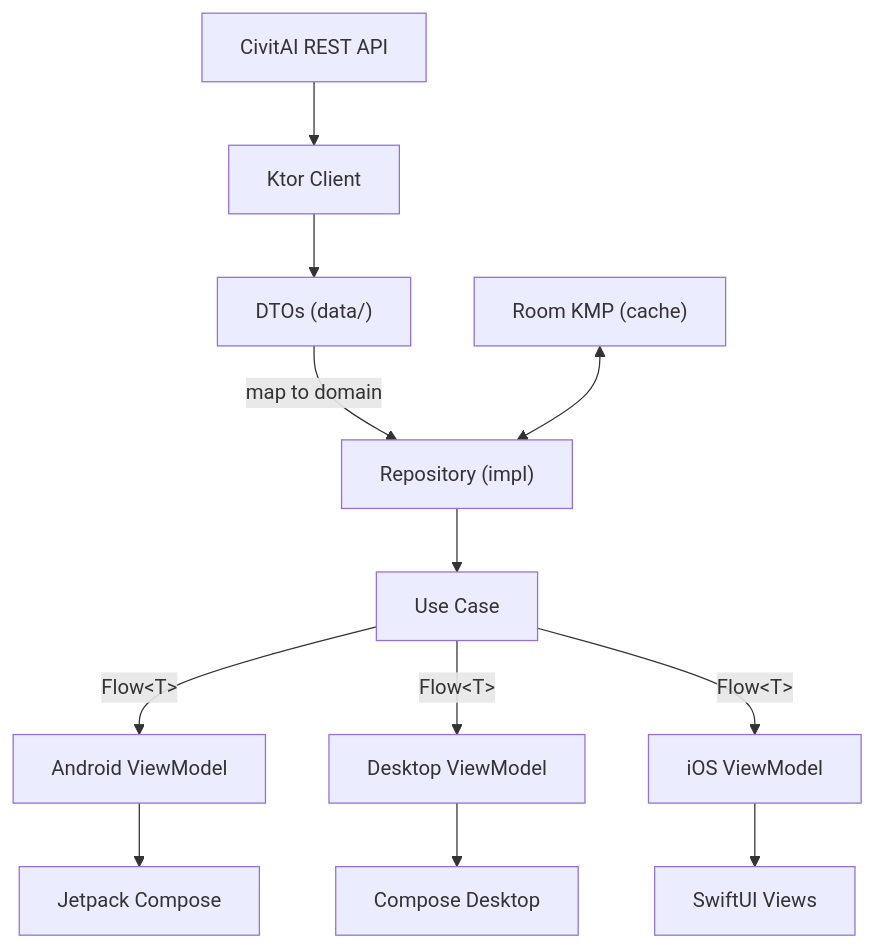
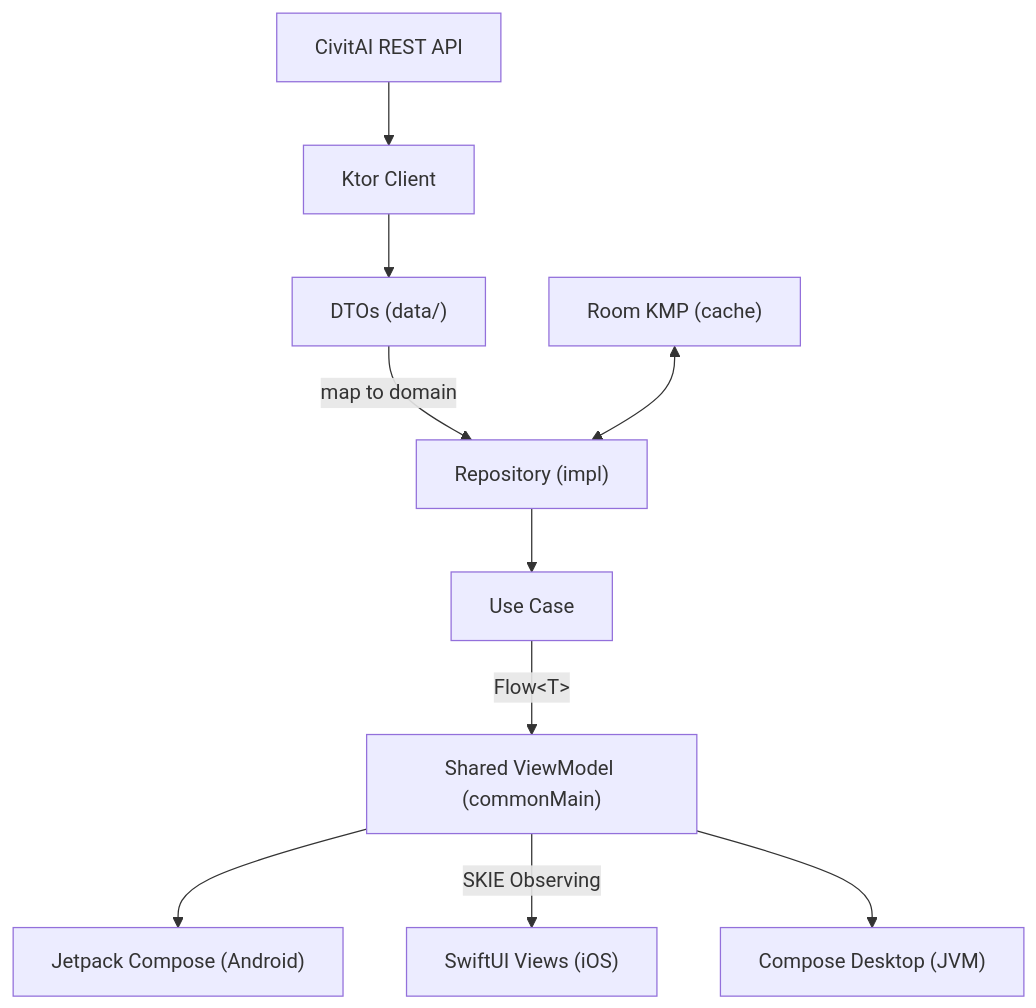
One commit to rioX432/CivitDeck changed the diagram in docs/ARCHITECTURE.md. Above: the diagram before and after it, drawn with Mermaid. The commit also changed other lines of this file and 1 other file, not shown here.

Commit message:
Fix Architecture docs: clarify shared VM consumption pattern across platforms

````diff
--- a/docs/ARCHITECTURE.md
+++ b/docs/ARCHITECTURE.md
@@ -91,14 +94,12 @@
 ```mermaid
 graph TB
     api["CivitAI REST API"] --> ktor["Ktor Client"]
     ktor --> dto["DTOs (data/)"]
     dto -- "map to domain" --> repo["Repository (impl)"]
     room["Room KMP (cache)"] <--> repo
     repo --> usecase["Use Case"]
-    usecase -- "Flow&lt;T&gt;" --> avm["Android ViewModel"]
-    usecase -- "Flow&lt;T&gt;" --> dvm["Desktop ViewModel"]
-    usecase -- "Flow&lt;T&gt;" --> ivm["iOS ViewModel"]
-    avm --> compose["Jetpack Compose"]
-    dvm --> desktop["Compose Desktop"]
-    ivm --> swiftui["SwiftUI Views"]
+    usecase -- "Flow&lt;T&gt;" --> vm["Shared ViewModel (commonMain)"]
+    vm --> compose["Jetpack Compose (Android)"]
+    vm -- "SKIE Observing" --> swiftui["SwiftUI Views (iOS)"]
+    vm --> desktop["Compose Desktop (JVM)"]
 ```
````
